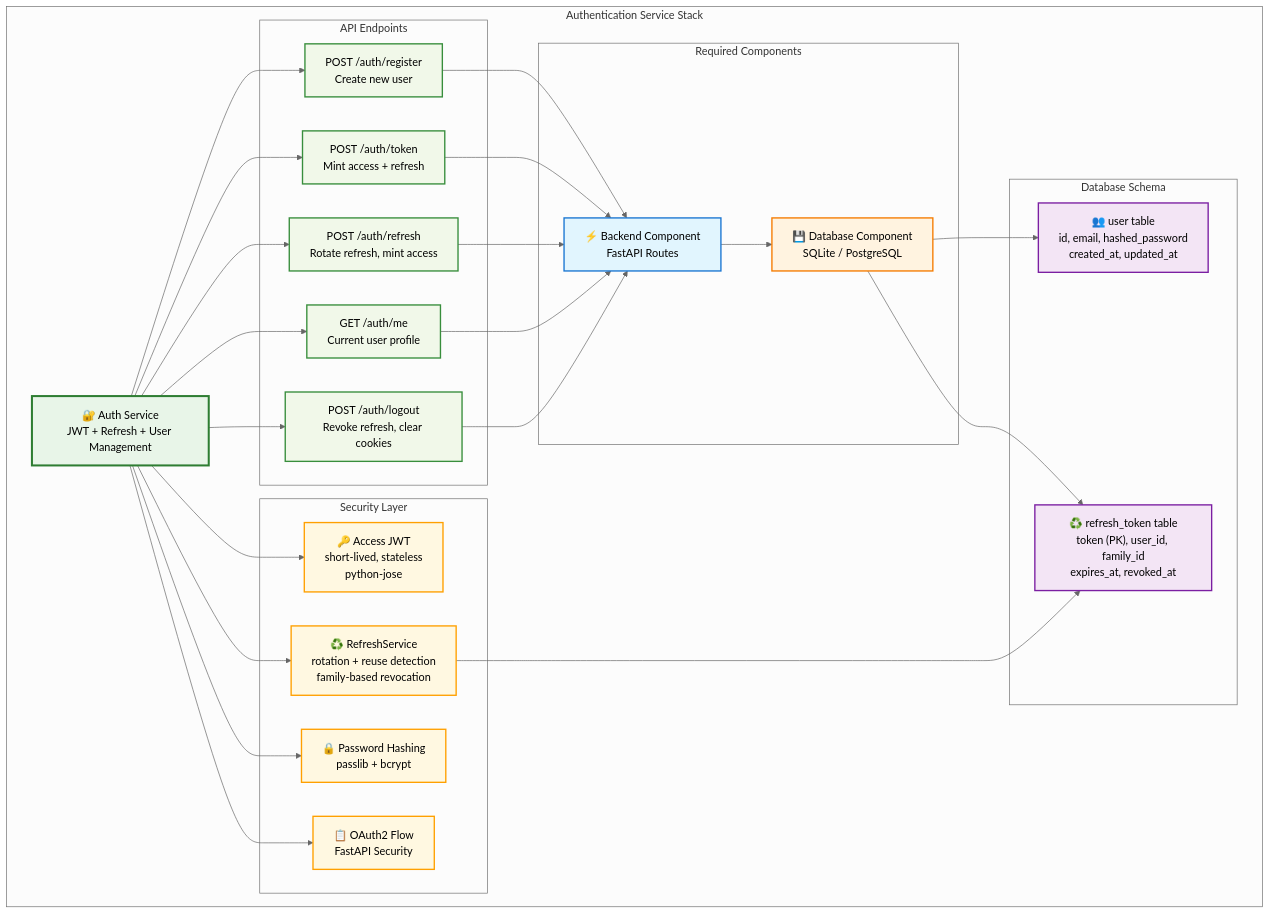
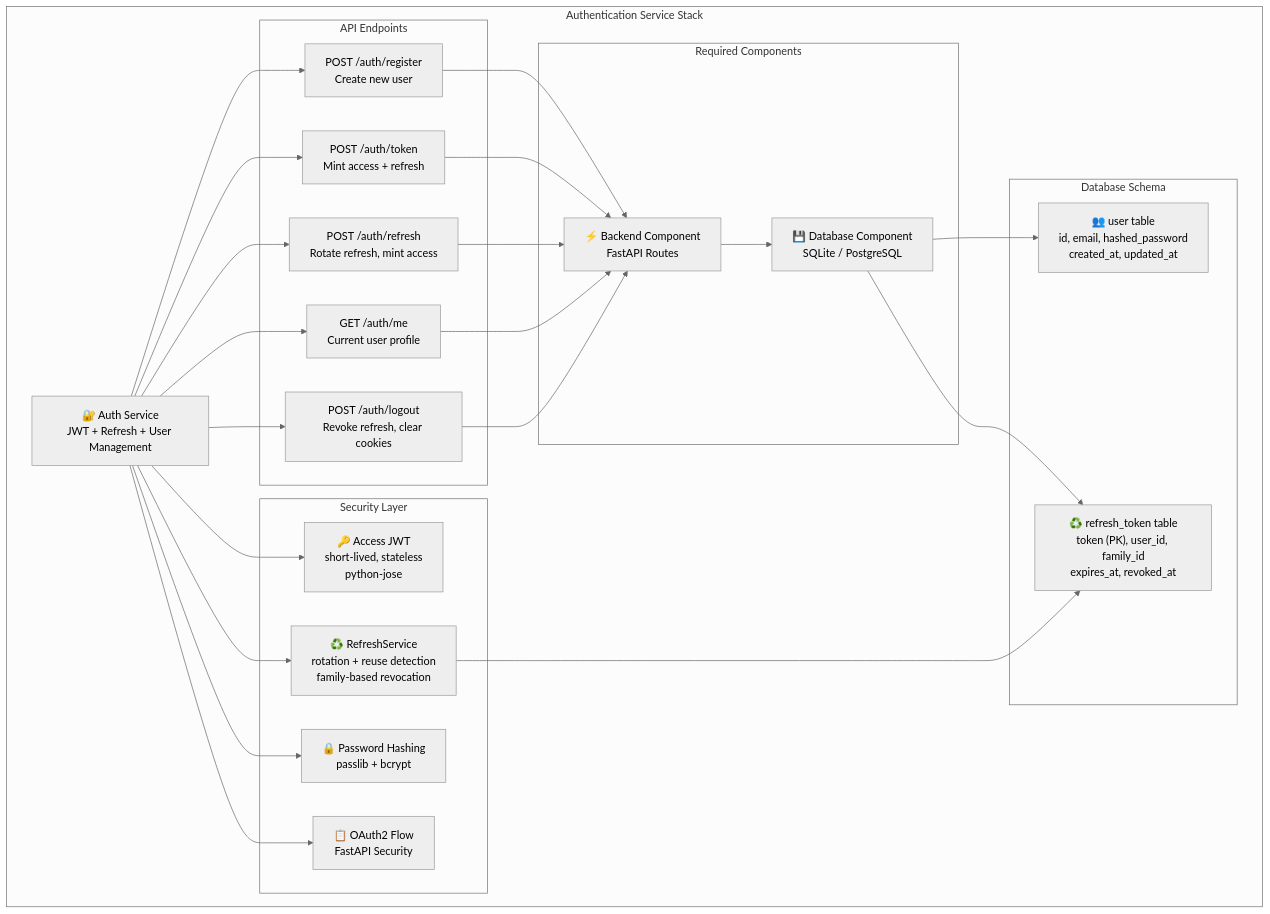
The first of 3 diagrams in docs/services/auth/index.md (bhardwajRahul/aegis-stack), drawn with Mermaid (neutral theme) before and after one commit. The commit also changed 26 other files, not shown here.

````diff
--- a/docs/services/auth/index.md
+++ b/docs/services/auth/index.md
@@ -47,69 +47,55 @@
 ```mermaid
 graph TB
     subgraph "Authentication Service Stack"
-        AuthService[🔐 Auth Service<br/>JWT + Refresh + User Management]
+        AuthService["🔐 Auth Service<br/>JWT + Refresh + User Management"]
 
         subgraph "API Endpoints"
             Register["POST /auth/register<br/>Create new user"]
             Login["POST /auth/token<br/>Mint access + refresh"]
             Refresh["POST /auth/refresh<br/>Rotate refresh, mint access"]
             Profile["GET /auth/me<br/>Current user profile"]
             Logout["POST /auth/logout<br/>Revoke refresh, clear cookies"]
         end
 
         subgraph "Required Components"
-            Backend[⚡ Backend Component<br/>FastAPI Routes]
-            Database[💾 Database Component<br/>SQLite / PostgreSQL]
+            Backend["⚡ Backend Component<br/>FastAPI Routes"]
+            Database["💾 Database Component<br/>SQLite / PostgreSQL"]
         end
 
         subgraph "Security Layer"
-            JWT[🔑 Access JWT<br/>short-lived, stateless<br/>python-jose]
-            RefreshSvc[♻️ RefreshService<br/>rotation + reuse detection<br/>family-based revocation]
-            Passwords[🔒 Password Hashing<br/>passlib + bcrypt]
-            OAuth2[📋 OAuth2 Flow<br/>FastAPI Security]
+            JWT["🔑 Access JWT<br/>short-lived, stateless<br/>python-jose"]
+            RefreshSvc["♻️ RefreshService<br/>rotation + reuse detection<br/>family-based revocation"]
+            Passwords["🔒 Password Hashing<br/>passlib + bcrypt"]
+            OAuth2["📋 OAuth2 Flow<br/>FastAPI Security"]
         end
 
         subgraph "Database Schema"
             Users["👥 user table<br/>id, email, hashed_password<br/>created_at, updated_at"]
             RefreshTokens["♻️ refresh_token table<br/>token (PK), user_id, family_id<br/>expires_at, revoked_at"]
         end
     end
 
     AuthService --> Register
     AuthService --> Login
     AuthService --> Refresh
     AuthService --> Profile
     AuthService --> Logout
 
     Register --> Backend
     Login --> Backend
     Refresh --> Backend
     Profile --> Backend
     Logout --> Backend
 
     Backend --> Database
 
     AuthService --> JWT
     AuthService --> RefreshSvc
     AuthService --> Passwords
     AuthService --> OAuth2
 
     RefreshSvc --> RefreshTokens
     Database --> Users
     Database --> RefreshTokens
 
-    style AuthService fill:#e8f5e8,stroke:#2e7d32,stroke-width:3px
-    style Register fill:#f1f8e9,stroke:#388e3c,stroke-width:2px
-    style Login fill:#f1f8e9,stroke:#388e3c,stroke-width:2px
-    style Refresh fill:#f1f8e9,stroke:#388e3c,stroke-width:2px
-    style Profile fill:#f1f8e9,stroke:#388e3c,stroke-width:2px
-    style Logout fill:#f1f8e9,stroke:#388e3c,stroke-width:2px
-    style Backend fill:#e1f5fe,stroke:#1976d2,stroke-width:2px
-    style Database fill:#fff3e0,stroke:#f57c00,stroke-width:2px
-    style JWT fill:#fff8e1,stroke:#ffa000,stroke-width:2px
-    style RefreshSvc fill:#fff8e1,stroke:#ffa000,stroke-width:2px
-    style Passwords fill:#fff8e1,stroke:#ffa000,stroke-width:2px
-    style OAuth2 fill:#fff8e1,stroke:#ffa000,stroke-width:2px
-    style Users fill:#f3e5f5,stroke:#7b1fa2,stroke-width:2px
-    style RefreshTokens fill:#f3e5f5,stroke:#7b1fa2,stroke-width:2px
 ```
````
